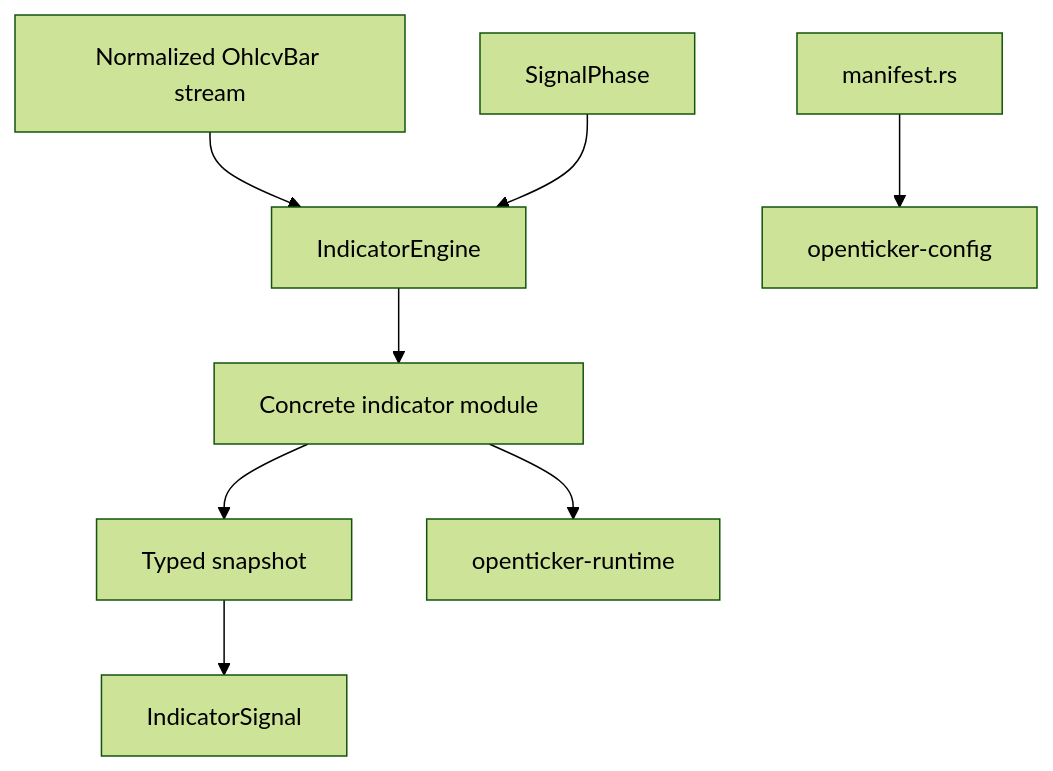
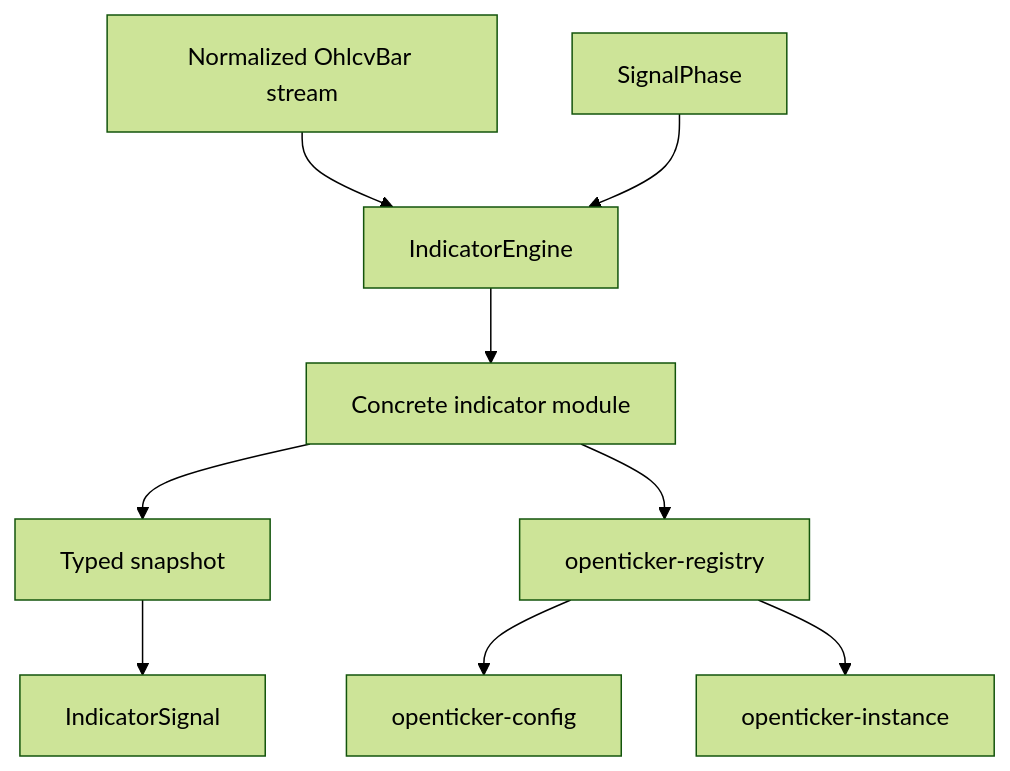
Before and after one commit to Aether-Grid/openticker: the diagram in crates/openticker-signals/ARCHITECTURE.md, drawn with Mermaid (forest theme). The commit also changed other lines of this file and 10 other files, not shown here.

````diff
--- a/crates/openticker-signals/ARCHITECTURE.md
+++ b/crates/openticker-signals/ARCHITECTURE.md
@@ -116,19 +118,19 @@
 ```mermaid
 flowchart TD
   Bars[Normalized OhlcvBar stream]
   Phase[SignalPhase]
   Engine[IndicatorEngine]
   Module[Concrete indicator module]
   Snapshot[Typed snapshot]
   Signal[IndicatorSignal]
-  Manifest[manifest.rs]
+  Registry[openticker-registry]
   Config[openticker-config]
-  Runtime[openticker-runtime]
+  Instance[openticker-instance]
 
   Bars --> Engine
   Phase --> Engine
   Engine --> Module --> Snapshot
   Snapshot --> Signal
-  Manifest --> Config
-  Module --> Runtime
+  Module --> Registry --> Config
+  Registry --> Instance
 ```
````
